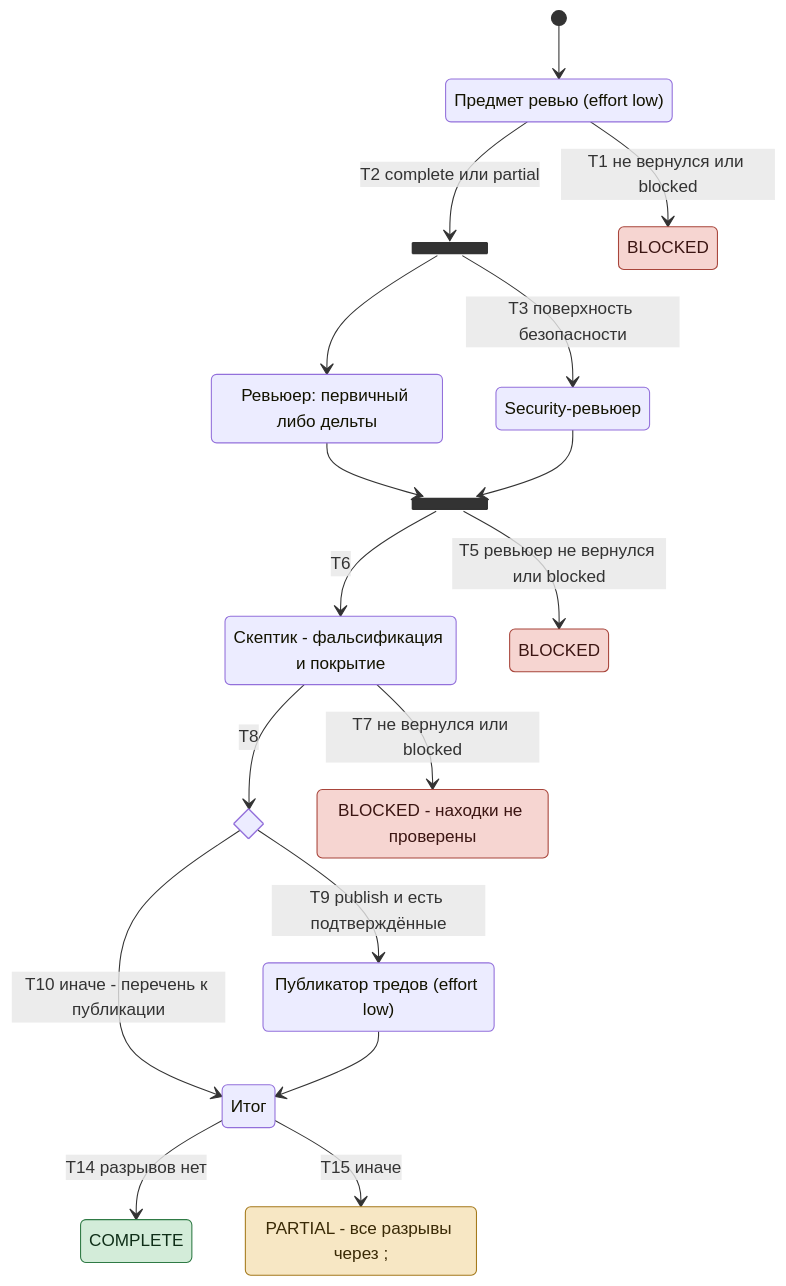
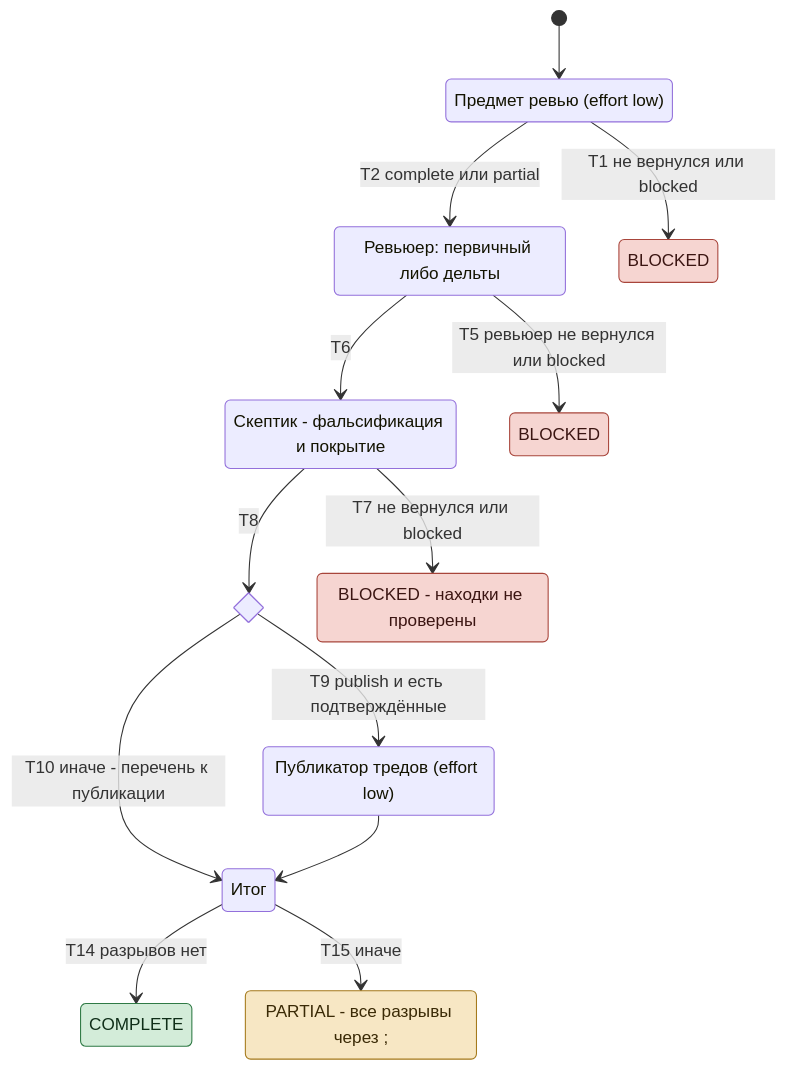
One commit to dex-it/claude-code-marketplace changed the diagram in plugins/auto/docs/tracks/review.md. Above: the diagram before and after it, drawn with Mermaid. The commit also changed other lines of this file and 28 other files, not shown here.

````diff
--- a/plugins/auto/docs/tracks/review.md
+++ b/plugins/auto/docs/tracks/review.md
@@ -14,43 +14,36 @@
 ```mermaid
 stateDiagram-v2
   direction TB
   [*] --> Ctx
   state "Предмет ревью (effort low)" as Ctx
   state "Ревьюер: первичный либо дельты" as Rev
-  state "Security-ревьюер" as Sec
   state "Скептик - фальсификация и покрытие" as Fal
   state "Публикатор тредов (effort low)" as Pub
   state "Итог" as Final
-  state fork_rev <<fork>>
-  state join_rev <<join>>
   state pubChoice <<choice>>
 
   state "BLOCKED" as B1
   state "BLOCKED" as B2
   state "BLOCKED - находки не проверены" as B3
   state "COMPLETE" as C
   state "PARTIAL - все разрывы через ;" as P1
 
   Ctx --> B1: T1 не вернулся или blocked
-  Ctx --> fork_rev: T2 complete или partial
-  fork_rev --> Rev
-  fork_rev --> Sec: T3 поверхность безопасности
-  Rev --> join_rev
-  Sec --> join_rev
-  join_rev --> B2: T5 ревьюер не вернулся или blocked
-  join_rev --> Fal: T6
+  Ctx --> Rev: T2 complete или partial
+  Rev --> B2: T5 ревьюер не вернулся или blocked
+  Rev --> Fal: T6
   Fal --> B3: T7 не вернулся или blocked
   Fal --> pubChoice: T8
   pubChoice --> Pub: T9 publish и есть подтверждённые
   pubChoice --> Final: T10 иначе - перечень к публикации
   Pub --> Final
   Final --> C: T14 разрывов нет
   Final --> P1: T15 иначе
 
   classDef stop fill:#f6d5d1,stroke:#a8453b,color:#3b1512
   classDef part fill:#f7e7c4,stroke:#a57a1c,color:#3a2a06
   classDef done fill:#d3ecd9,stroke:#2f7a45,color:#0f2e18
   class B1,B2,B3 stop
   class P1 part
   class C done
 ```
````
